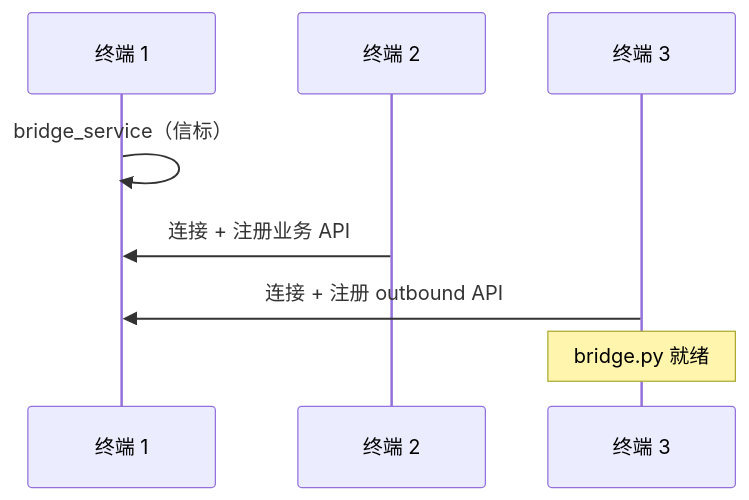
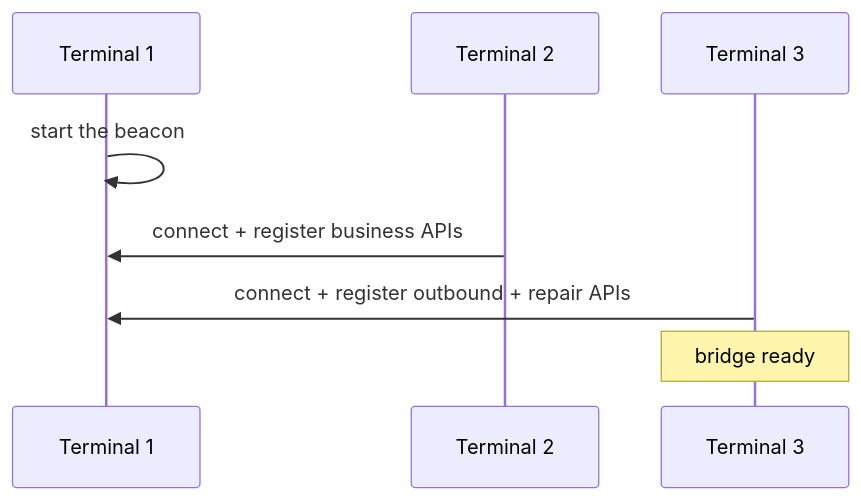
Diagram 17 of 20 in Py/lingofuse/Bridge_User_Guide.md (PassByYou888/LingoFuse), drawn with Mermaid before and after one commit. The commit also changed other lines of this file, not shown here.

````diff
--- a/Py/lingofuse/Bridge_User_Guide.md
+++ b/Py/lingofuse/Bridge_User_Guide.md
@@ -839,10 +1071,10 @@
 ```mermaid
 sequenceDiagram
-    participant T1 as 终端 1
-    participant T2 as 终端 2
-    participant T3 as 终端 3
-    T1->>T1: bridge_service（信标）
-    T2->>T1: 连接 + 注册业务 API
-    T3->>T1: 连接 + 注册 outbound API
-    Note over T3: bridge.py 就绪
+    participant T1 as Terminal 1
+    participant T2 as Terminal 2
+    participant T3 as Terminal 3
+    T1->>T1: start the beacon
+    T2->>T1: connect + register business APIs
+    T3->>T1: connect + register outbound + repair APIs
+    Note over T3: bridge ready
 ```
````
